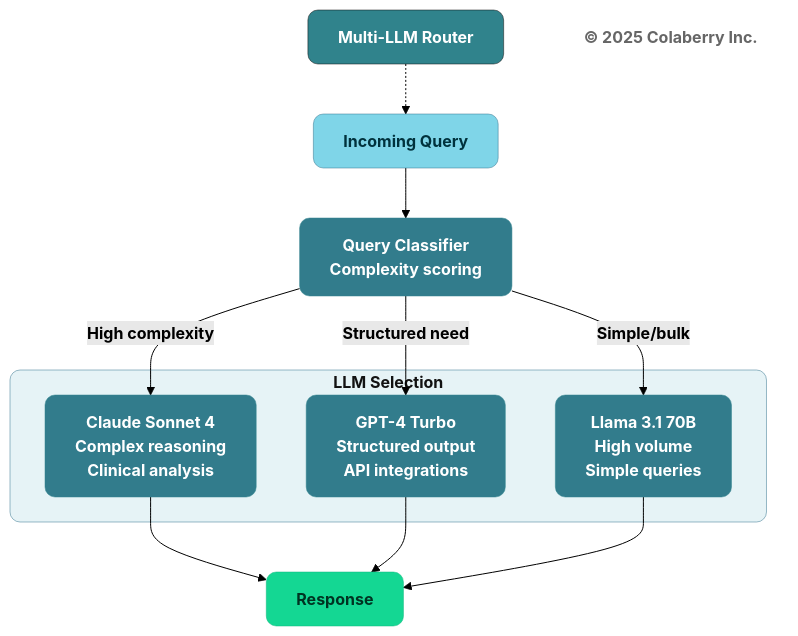
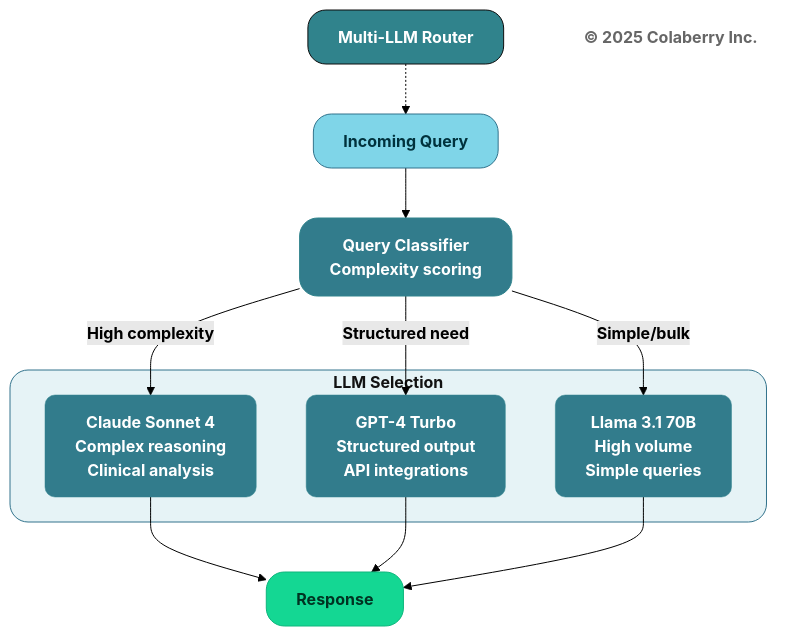
Before and after one commit to saitejesh-cyber/trust-before-intelligence-book: the ninth of 13 diagrams in manuscript/06_chapter_5_intelligence_layers.md, drawn with Mermaid (forest theme). The commit also changed other lines of this file and 12 other files, not shown here.

````diff
--- a/manuscript/06_chapter_5_intelligence_layers.md
+++ b/manuscript/06_chapter_5_intelligence_layers.md
@@ -778,37 +778,37 @@
 ```mermaid
 graph TB
     TITLE["<b>Multi-LLM Router</b>"]
     
     Q["<b>Incoming Query</b>"]
     
     CLASS["<b>Query Classifier</b><br/><b>Complexity scoring</b>"]
     
     subgraph routing["<b>LLM Selection</b>"]
         CLAUDE["<b>Claude Sonnet 4</b><br/><b>Complex reasoning</b><br/><b>Clinical analysis</b>"]
         GPT["<b>GPT-4 Turbo</b><br/><b>Structured output</b><br/><b>API integrations</b>"]
         LLAMA["<b>Llama 3.1 70B</b><br/><b>High volume</b><br/><b>Simple queries</b>"]
     end
     
     OUT["<b>Response</b>"]
     
     TITLE -.-> Q
     Q --> CLASS
     CLASS -->|<b>High complexity</b>| CLAUDE
     CLASS -->|<b>Structured need</b>| GPT
     CLASS -->|<b>Simple/bulk</b>| LLAMA
     CLAUDE --> OUT
     GPT --> OUT
     LLAMA --> OUT
     
     Copyright["<b>© 2025 Colaberry Inc.</b>"]
     
-    style TITLE fill:#30838C,color:#ffffff,stroke:#0D0D0D,stroke-width:0.5px,rx:10,ry:10
-    style Q fill:#7FD5E8,stroke:#32738C,stroke-width:0.5px,color:#00323D,rx:10,ry:10
-    style CLASS fill:#327C8C,stroke:#30838C,stroke-width:0.5px,color:#ffffff,rx:10,ry:10
-    style routing fill:#E6F3F6,stroke:#32738C,stroke-width:0.5px,color:#121212,rx:10,ry:10
+    style TITLE fill:#30838C,color:#ffffff,stroke:#0D0D0D,stroke-width:1px,rx:18,ry:18
+    style Q fill:#7FD5E8,stroke:#32738C,stroke-width:1px,color:#00323D,rx:18,ry:18
+    style CLASS fill:#327C8C,stroke:#30838C,stroke-width:1px,color:#ffffff,rx:18,ry:18
+    style routing fill:#E6F3F6,stroke:#32738C,stroke-width:1px,color:#121212,rx:18,ry:18
     style CLAUDE fill:#327C8C,stroke:#30838C,stroke-width:0.5px,color:#ffffff,rx:10,ry:10
     style GPT fill:#327C8C,stroke:#30838C,stroke-width:0.5px,color:#ffffff,rx:10,ry:10
     style LLAMA fill:#327C8C,stroke:#30838C,stroke-width:0.5px,color:#ffffff,rx:10,ry:10
-    style OUT fill:#14D793,color:#003322,stroke:#0FB67D,stroke-width:0.5px,rx:10,ry:10
+    style OUT fill:#14D793,color:#003322,stroke:#0FB67D,stroke-width:1px,rx:18,ry:18
     style Copyright fill:none,stroke:none,color:#666666
 ```
````
